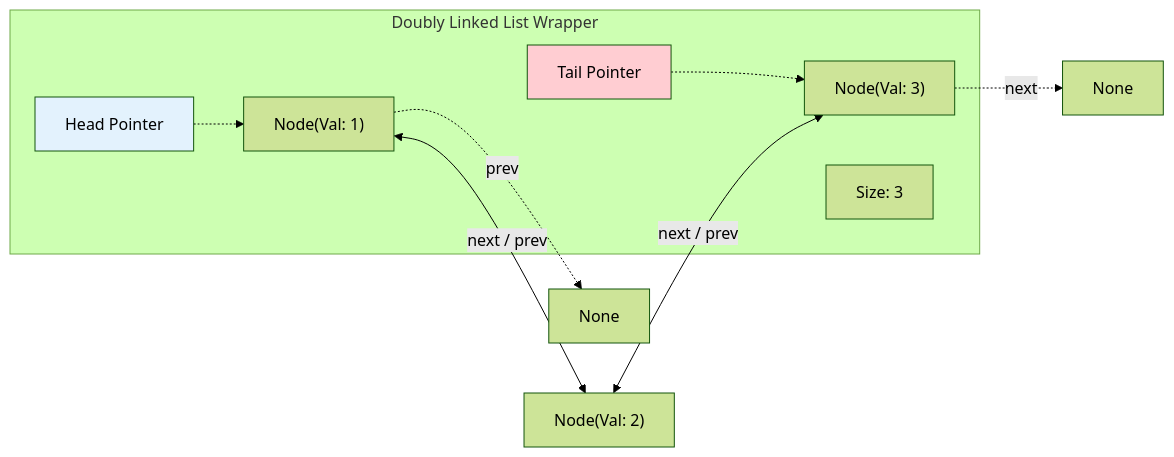
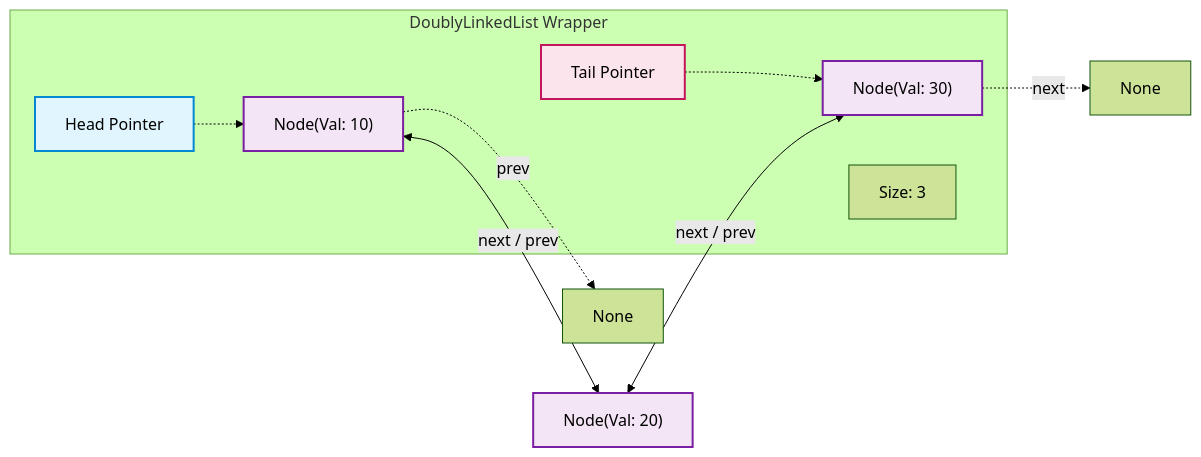
One commit to vadde/DSA changed the first of 2 diagrams in 00 - Fundamentals/007 - Doubly Linked List/doubly_linked_list_walkthrough.md. Above: the diagram before and after it, drawn with Mermaid (forest theme). The commit also changed other lines of this file and 1 other file, not shown here.

Commit message:
docs(fundamentals): upgrade Doubly Linked List and Circular Linked List to 5-level curriculum

````diff
--- a/00 - Fundamentals/007 - Doubly Linked List/doubly_linked_list_walkthrough.md
+++ b/00 - Fundamentals/007 - Doubly Linked List/doubly_linked_list_walkthrough.md
@@ -48,17 +48,20 @@
 ```mermaid
 flowchart LR
-    subgraph DoublyLinkedListWrapper [Doubly Linked List Wrapper]
-    H[Head Pointer] -.-> N1
-    T[Tail Pointer] -.-> N3
-    S[Size: 3]
+    subgraph DLLContainer ["DoublyLinkedList Wrapper"]
+        H["Head Pointer"] -.-> N1
+        T["Tail Pointer"] -.-> N3
+        SZ["Size: 3"]
     end
-    
-    N1["Node(Val: 1)"] <-->|next / prev| N2["Node(Val: 2)"]
-    N2 <-->|next / prev| N3["Node(Val: 3)"]
-    
-    N1 -.->|prev| None1["None"]
-    N3 -.->|next| None2["None"]
-    
-    style H fill:#e3f2fd,color:#000
-    style T fill:#ffcdd2,color:#000
+
+    N1["Node(Val: 10)"] <-->|"next / prev"| N2["Node(Val: 20)"]
+    N2 <-->|"next / prev"| N3["Node(Val: 30)"]
+
+    N1 -.->|"prev"| NullL["None"]
+    N3 -.->|"next"| NullR["None"]
+
+    style H fill:#e1f5fe,stroke:#0288d1,stroke-width:2px,color:#000
+    style T fill:#fce4ec,stroke:#c2185b,stroke-width:2px,color:#000
+    style N1 fill:#f3e5f5,stroke:#7b1fa2,stroke-width:2px,color:#000
+    style N2 fill:#f3e5f5,stroke:#7b1fa2,stroke-width:2px,color:#000
+    style N3 fill:#f3e5f5,stroke:#7b1fa2,stroke-width:2px,color:#000
 ```
````
